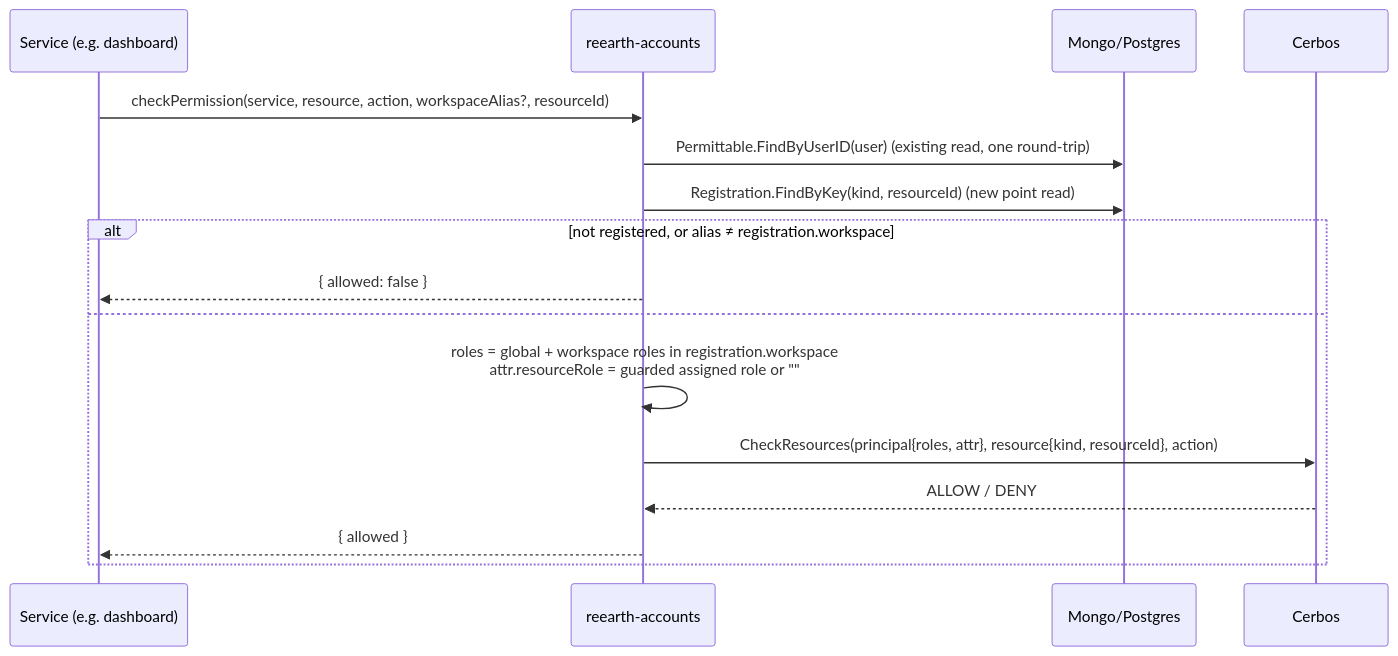
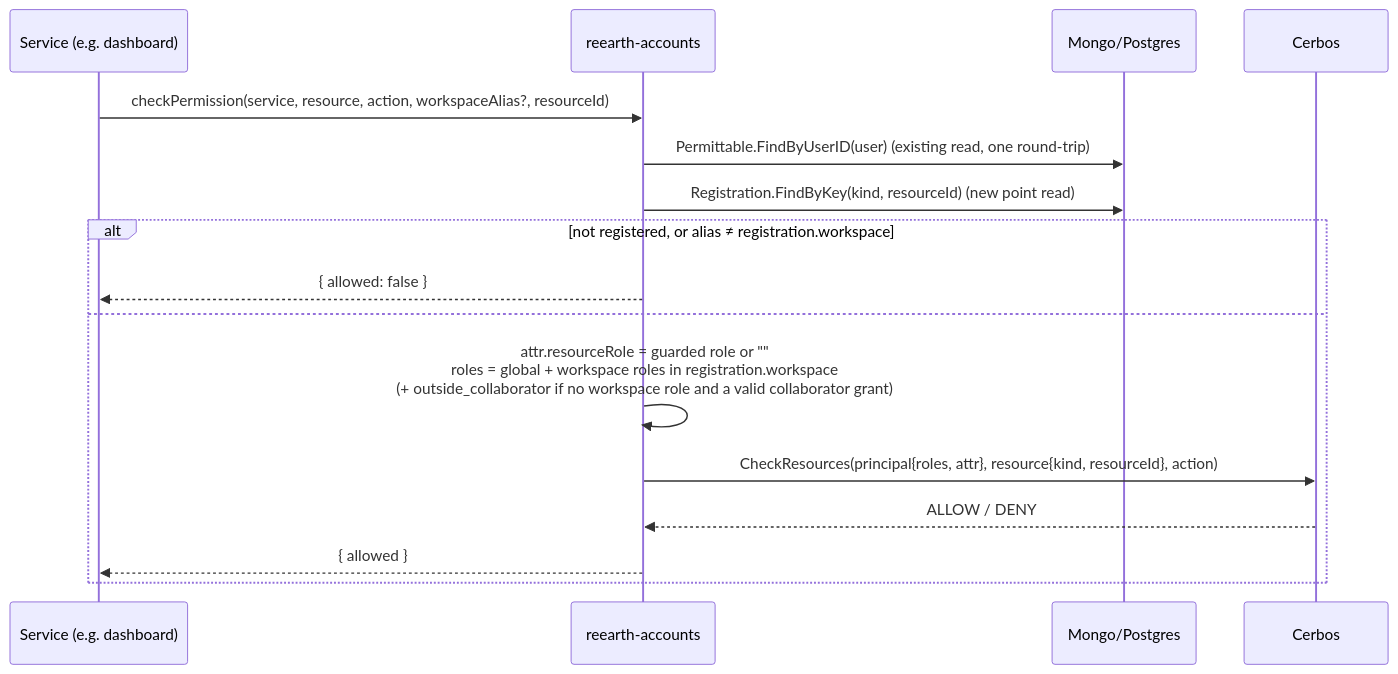
Before and after one commit to reearth/reearth-accounts: the first of 4 diagrams in server/docs/usecase/resource-role-binding.ja.md, drawn with Mermaid. The commit also changed other lines of this file and 1 other file, not shown here.

Commit message:
docs(server): replace limited workspace members with GitHub-style outside collaborators

````diff
--- a/server/docs/usecase/resource-role-binding.ja.md
+++ b/server/docs/usecase/resource-role-binding.ja.md
@@ -547,19 +609,19 @@
 ```mermaid
 sequenceDiagram
     participant S as Service (e.g. dashboard)
     participant A as reearth-accounts
     participant DB as Mongo/Postgres
     participant C as Cerbos
 
     S->>A: checkPermission(service, resource, action, workspaceAlias?, resourceId)
     A->>DB: Permittable.FindByUserID(user)  (existing read, one round-trip)
     A->>DB: Registration.FindByKey(kind, resourceId)  (new point read)
     alt not registered, or alias ≠ registration.workspace
         A-->>S: { allowed: false }
     else
-        A->>A: roles = global + workspace roles in registration.workspace<br/>attr.resourceRole = guarded assigned role or ""
+        A->>A: attr.resourceRole = guarded role or ""<br/>roles = global + workspace roles in registration.workspace<br/>(+ outside_collaborator if no workspace role and a valid collaborator grant)
         A->>C: CheckResources(principal{roles, attr}, resource{kind, resourceId}, action)
         C-->>A: ALLOW / DENY
         A-->>S: { allowed }
     end
 ```
````
